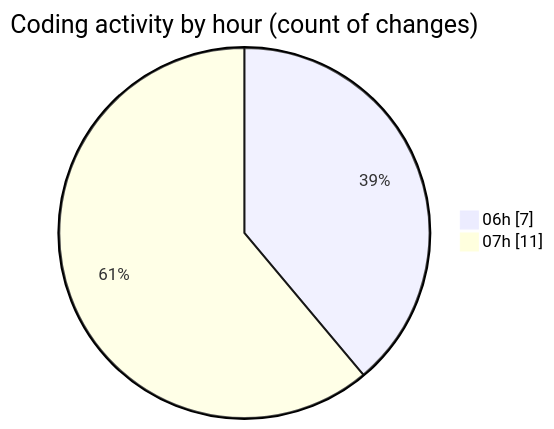
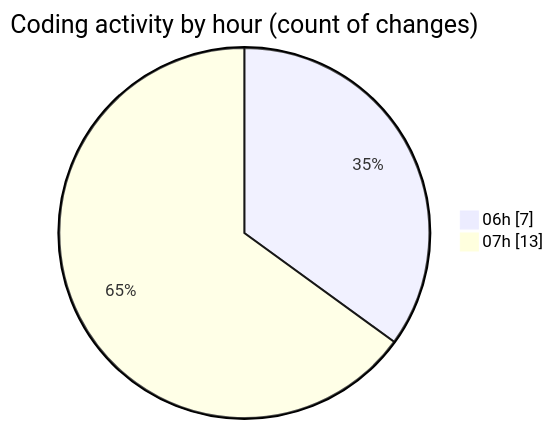
Before and after one commit to vahidmafi/code-tracking: the second of 2 diagrams in 2025-04-18/zeytoon/README.md, drawn with Mermaid. The commit also changed other lines of this file and 1 other file, not shown here.

````diff
--- a/2025-04-18/zeytoon/README.md
+++ b/2025-04-18/zeytoon/README.md
@@ -34,6 +34,6 @@
 ```mermaid
 pie showData
 title Coding activity by hour (count of changes)
 "06h" : 7
-"07h" : 11
+"07h" : 13
 ```
````
